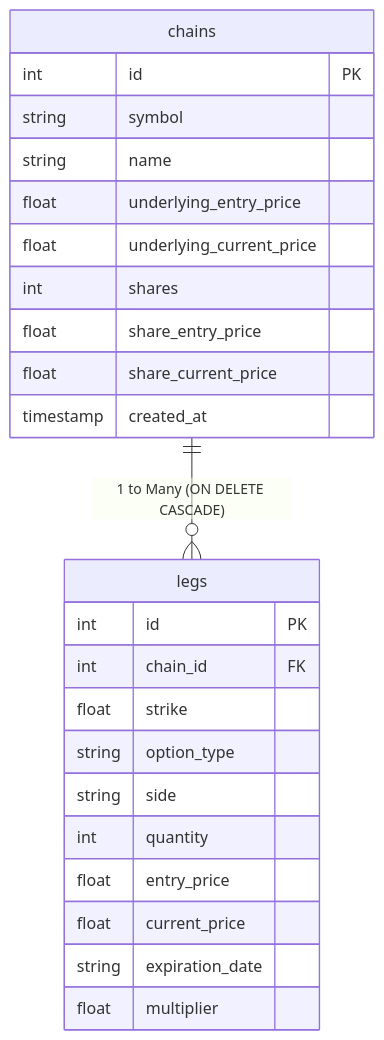
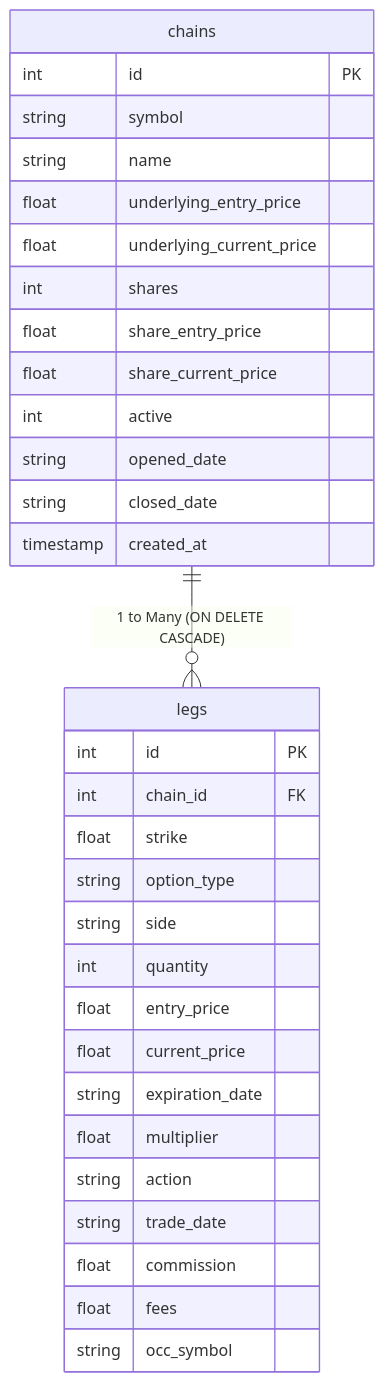
The diagram in DATABASE_README.md (projectman/chain_controller), drawn with Mermaid before and after one commit. The commit also changed other lines of this file and 7 other files, not shown here.

Commit message:
Add broker Activity report CSV parser, active/closed chain status tracking, opened_date/closed_date, and OCC symbol decoder

````diff
--- a/DATABASE_README.md
+++ b/DATABASE_README.md
@@ -87,27 +103,35 @@
 ```mermaid
 erDiagram
     chains ||--o{ legs : "1 to Many (ON DELETE CASCADE)"
     chains {
         int id PK
         string symbol
         string name
         float underlying_entry_price
         float underlying_current_price
         int shares
         float share_entry_price
         float share_current_price
+        int active
+        string opened_date
+        string closed_date
         timestamp created_at
     }
     legs {
         int id PK
         int chain_id FK
         float strike
         string option_type
         string side
         int quantity
         float entry_price
         float current_price
         string expiration_date
         float multiplier
+        string action
+        string trade_date
+        float commission
+        float fees
+        string occ_symbol
     }
 ```
````
